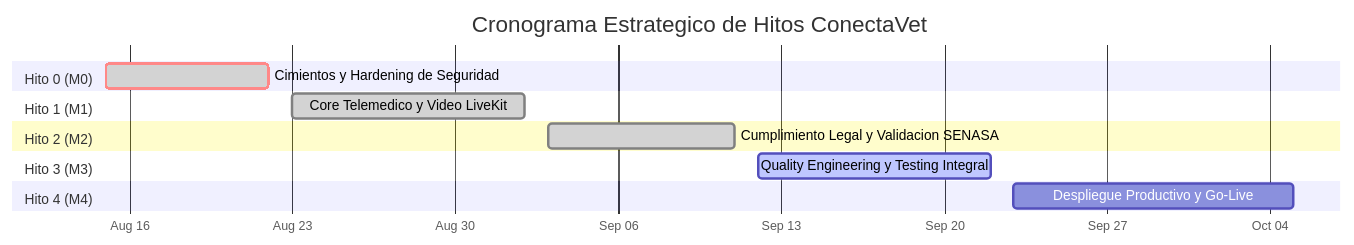
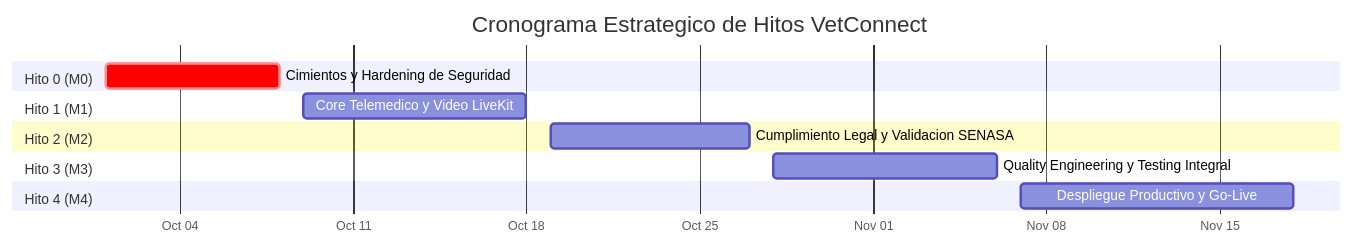
The second of 2 diagrams in docs/PROJECT_CHARTER.md (grupo-pinnacle/VetConnect), drawn with Mermaid before and after one commit. The commit also changed other lines of this file and 17 other files, not shown here.

````diff
--- a/docs/PROJECT_CHARTER.md
+++ b/docs/PROJECT_CHARTER.md
@@ -101,17 +101,17 @@
 ```mermaid
 gantt
-    title Cronograma Estrategico de Hitos ConectaVet
+    title Cronograma Estrategico de Hitos VetConnect
     dateFormat  YYYY-MM-DD
     axisFormat  %b %d
 
     section Hito 0 (M0)
-    Cimientos y Hardening de Seguridad         :crit, done, m0, 2026-08-15, 2026-08-22
+    Cimientos y Hardening de Seguridad         :crit, m0, 2026-10-01, 2026-10-08
     section Hito 1 (M1)
-    Core Telemedico y Video LiveKit           :done, m1, 2026-08-23, 2026-09-02
+    Core Telemedico y Video LiveKit           :m1, 2026-10-09, 2026-10-18
     section Hito 2 (M2)
-    Cumplimiento Legal y Validacion SENASA    :done, m2, 2026-09-03, 2026-09-11
+    Cumplimiento Legal y Validacion SENASA    :m2, 2026-10-19, 2026-10-27
     section Hito 3 (M3)
-    Quality Engineering y Testing Integral    :active, m3, 2026-09-12, 2026-09-22
+    Quality Engineering y Testing Integral    :m3, 2026-10-28, 2026-11-06
     section Hito 4 (M4)
-    Despliegue Productivo y Go-Live           :m4, 2026-09-23, 2026-10-05
+    Despliegue Productivo y Go-Live           :m4, 2026-11-07, 2026-11-18
 ```
````
